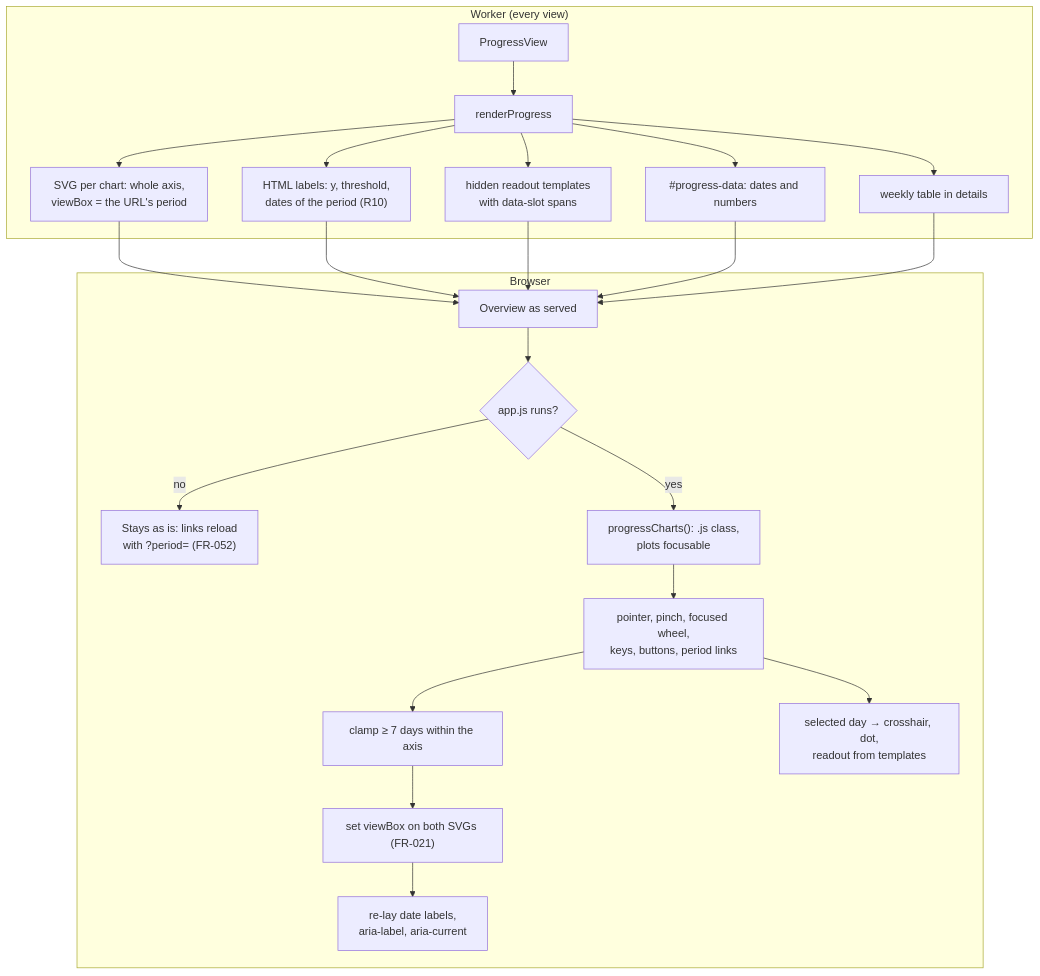
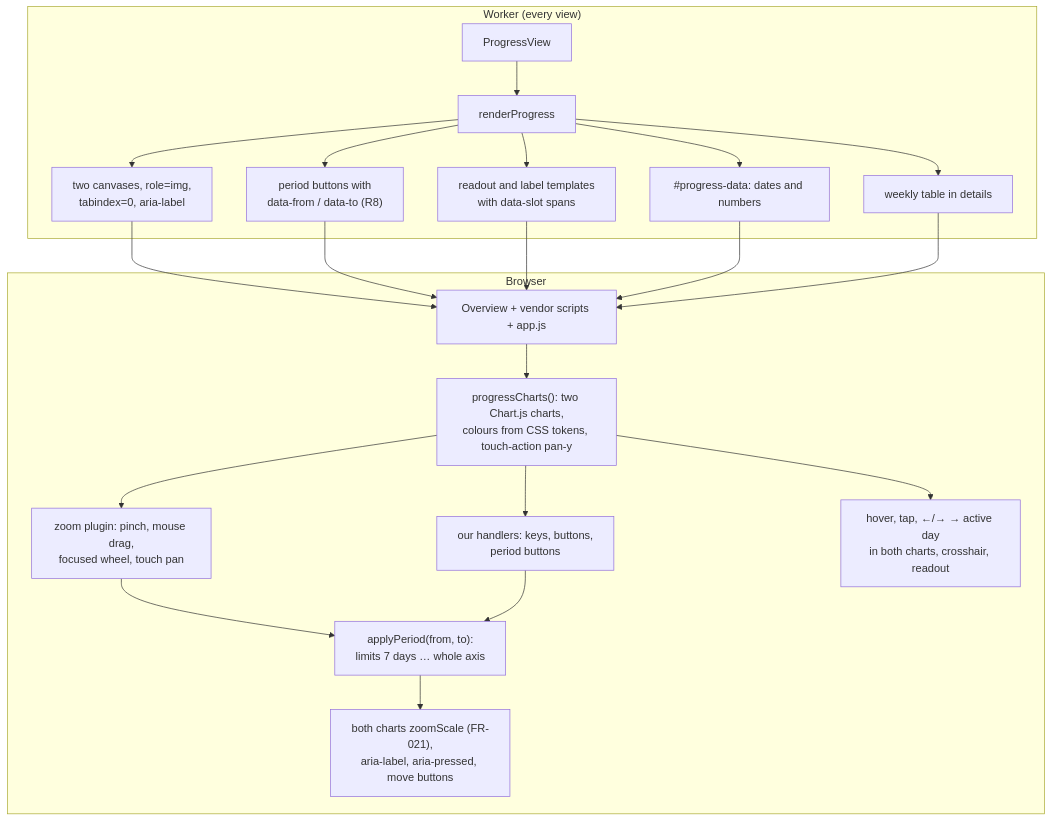
One commit to SaSteffen/RynkePoints changed the fourth of 6 diagrams in specs/009-rider-progress-charts/plan.md. Above: the diagram before and after it, drawn with Mermaid. The commit also changed other lines of this file and 9 other files, not shown here.

First line of the commit message:
docs(009): re-plan the progress charts on Chart.js

````diff
--- a/specs/009-rider-progress-charts/plan.md
+++ b/specs/009-rider-progress-charts/plan.md
@@ -253,22 +270,20 @@
 ```mermaid
 flowchart TB
     subgraph server["Worker (every view)"]
         pv["ProgressView"] --> sec["renderProgress"]
-        sec --> svg["SVG per chart: whole axis,<br/>viewBox = the URL's period"]
-        sec --> lbl["HTML labels: y, threshold,<br/>dates of the period (R10)"]
-        sec --> tpl["hidden readout templates<br/>with data-slot spans"]
+        sec --> cv["two canvases, role=img,<br/>tabindex=0, aria-label"]
+        sec --> btn["period buttons with<br/>data-from / data-to (R8)"]
+        sec --> tpl["readout and label templates<br/>with data-slot spans"]
         sec --> json["#progress-data: dates and numbers"]
         sec --> table["weekly table in details"]
     end
     subgraph browser["Browser"]
-        page["Overview as served"] --> has{"app.js runs?"}
-        has -- no --> static["Stays as is: links reload<br/>with ?period= (FR-052)"]
-        has -- yes --> init["progressCharts(): .js class,<br/>plots focusable"]
-        init --> input["pointer, pinch, focused wheel,<br/>keys, buttons, period links"]
-        input --> clampp["clamp ≥ 7 days within the axis"]
-        clampp --> vb["set viewBox on both SVGs (FR-021)"]
-        vb --> relabel["re-lay date labels,<br/>aria-label, aria-current"]
-        input --> sel["selected day → crosshair, dot,<br/>readout from templates"]
+        page["Overview + vendor scripts + app.js"] --> init["progressCharts(): two Chart.js charts,<br/>colours from CSS tokens, touch-action pan-y"]
+        init --> plugin["zoom plugin: pinch, mouse drag,<br/>focused wheel, touch pan"]
+        init --> own["our handlers: keys, buttons,<br/>period buttons"]
+        plugin & own --> apply["applyPeriod(from, to):<br/>limits 7 days … whole axis"]
+        apply --> both["both charts zoomScale (FR-021),<br/>aria-label, aria-pressed, move buttons"]
+        init --> sel["hover, tap, ←/→ → active day<br/>in both charts, crosshair, readout"]
     end
-    svg & lbl & tpl & json & table --> page
+    cv & btn & tpl & json & table --> page
 ```
````
